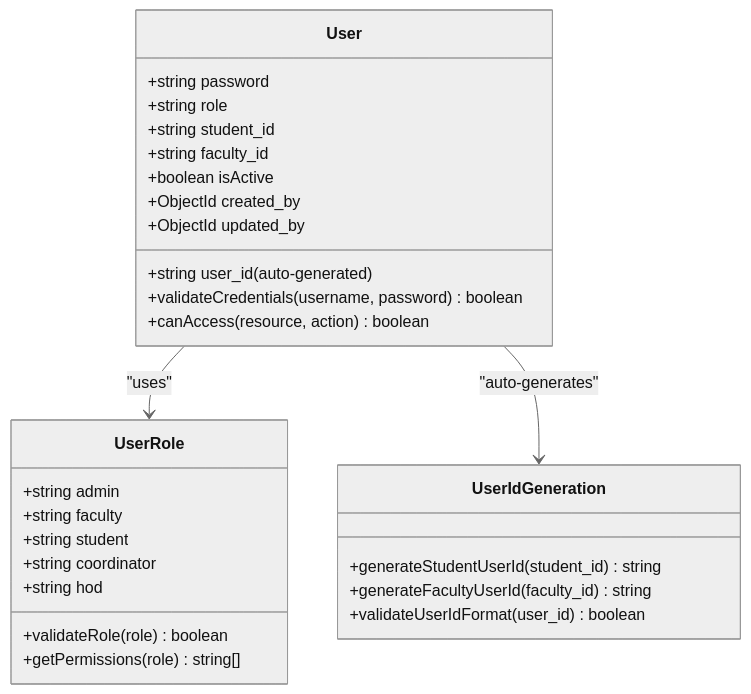
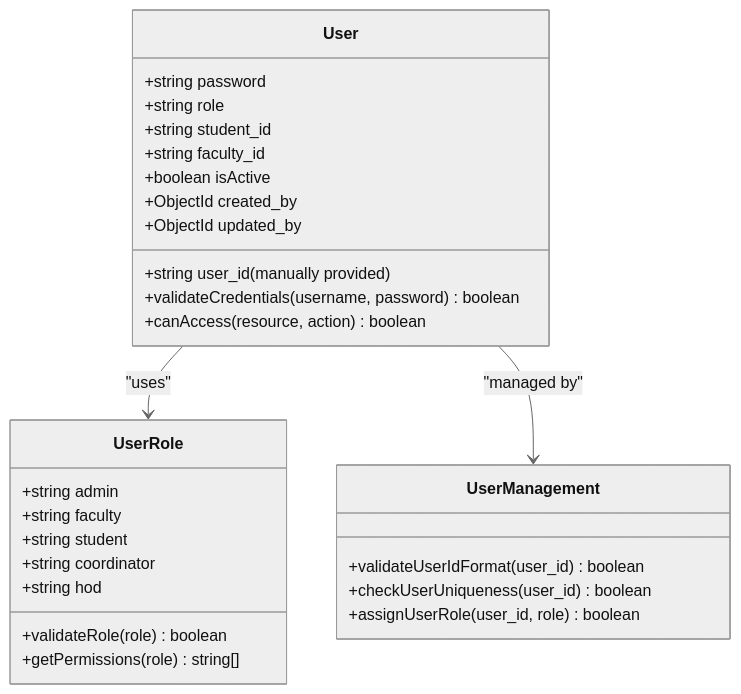
The fifth of 9 diagrams in .qoder/repowiki/en/content/Data Models & Database Schema/Core User Model.md (Aryan9060/Timetable-Project), drawn with Mermaid (neutral theme) before and after one commit. The commit also changed other lines of this file and 8 other files, not shown here.

````diff
--- a/.qoder/repowiki/en/content/Data Models & Database Schema/Core User Model.md
+++ b/.qoder/repowiki/en/content/Data Models & Database Schema/Core User Model.md
@@ -245,31 +253,31 @@
 ```mermaid
 classDiagram
 class UserRole {
 +string admin
 +string faculty
 +string student
 +string coordinator
 +string hod
 +validateRole(role) boolean
 +getPermissions(role) string[]
 }
 class User {
-+string user_id (auto-generated)
++string user_id (manually provided)
 +string password
 +string role
 +string student_id
 +string faculty_id
 +boolean isActive
 +ObjectId created_by
 +ObjectId updated_by
 +validateCredentials(username, password) boolean
 +canAccess(resource, action) boolean
 }
-class UserIdGeneration {
-+generateStudentUserId(student_id) string
-+generateFacultyUserId(faculty_id) string
+class UserManagement {
 +validateUserIdFormat(user_id) boolean
++checkUserUniqueness(user_id) boolean
++assignUserRole(user_id, role) boolean
 }
 User --> UserRole : "uses"
-User --> UserIdGeneration : "auto-generates"
+User --> UserManagement : "managed by"
 ```
````
